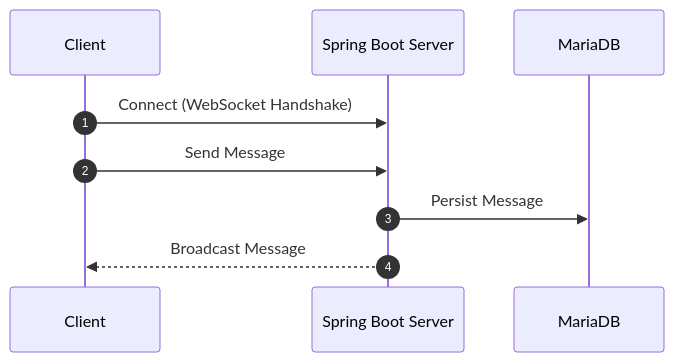
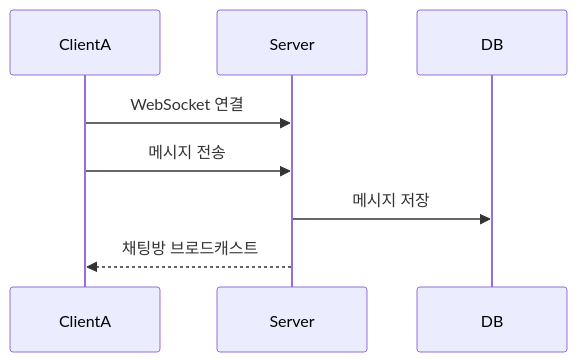
One commit to SU-Talk/sutalk-backend changed the second of 4 diagrams in README.md. Above: the diagram before and after it, drawn with Mermaid. The commit also changed other lines of this file, not shown here.

````diff
--- a/README.md
+++ b/README.md
@@ -117,13 +65,11 @@
 ```mermaid
 sequenceDiagram
-    autonumber
-    participant C as Client
-    participant S as Spring Boot Server
-    participant D as MariaDB
+    participant ClientA
+    participant Server
+    participant DB
 
-    C->>S: Connect (WebSocket Handshake)
-    C->>S: Send Message
-    S->>D: Persist Message
-    S-->>C: Broadcast Message
-
+    ClientA->>Server: WebSocket 연결
+    ClientA->>Server: 메시지 전송
+    Server->>DB: 메시지 저장
+    Server-->>ClientA: 채팅방 브로드캐스트
 ```
````
